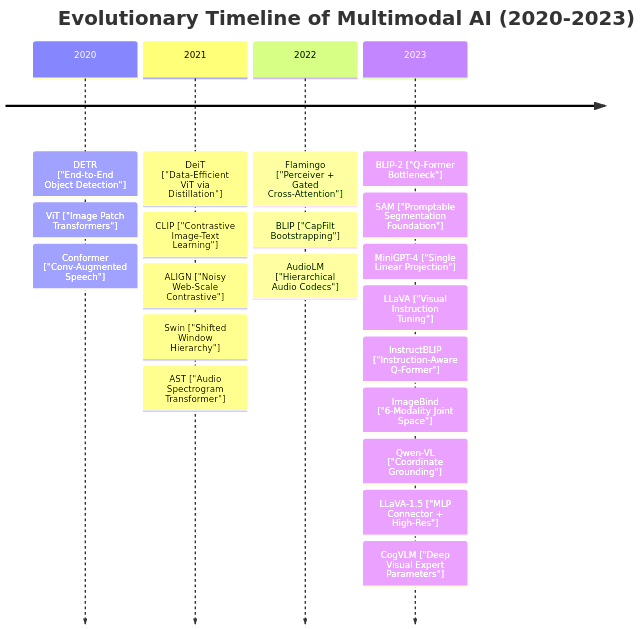
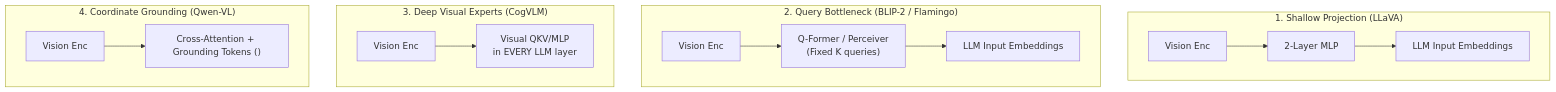
The third of 6 diagrams in src/content/posts/2026-05-22-Multi-Modal-Models.md (subhrm/subhrm.github.io), drawn with Mermaid before and after one commit. The commit also changed other lines of this file, not shown here.

Commit message:
Simplifying Multimodal LLM Post

````diff
--- a/src/content/posts/2026-05-22-Multi-Modal-Models.md
+++ b/src/content/posts/2026-05-22-Multi-Modal-Models.md
@@ -49,8 +97,15 @@
 ```mermaid
-timeline
-    title Evolutionary Timeline of Multimodal AI (2020-2023)
-    2020 : DETR ["End-to-End Object Detection"] : ViT ["Image Patch Transformers"] : Conformer ["Conv-Augmented Speech"]
-    2021 : DeiT ["Data-Efficient ViT via Distillation"] : CLIP ["Contrastive Image-Text Learning"] : ALIGN ["Noisy Web-Scale Contrastive"] : Swin ["Shifted Window Hierarchy"] : AST ["Audio Spectrogram Transformer"]
-    2022 : Flamingo ["Perceiver + Gated Cross-Attention"] : BLIP ["CapFilt Bootstrapping"] : AudioLM ["Hierarchical Audio Codecs"]
-    2023 : BLIP-2 ["Q-Former Bottleneck"] : SAM ["Promptable Segmentation Foundation"] : MiniGPT-4 ["Single Linear Projection"] : LLaVA ["Visual Instruction Tuning"] : InstructBLIP ["Instruction-Aware Q-Former"] : ImageBind ["6-Modality Joint Space"] : Qwen-VL ["Coordinate Grounding"] : LLaVA-1.5 ["MLP Connector + High-Res"] : CogVLM ["Deep Visual Expert Parameters"]
+graph TB
+    subgraph Archetype1["1. Shallow Projection (LLaVA)"]
+        A1_V["Vision Enc"] --> A1_MLP["2-Layer MLP"] --> A1_LLM["LLM Input Embeddings"]
+    end
+    subgraph Archetype2["2. Query Bottleneck (BLIP-2 / Flamingo)"]
+        A2_V["Vision Enc"] --> A2_QF["Q-Former / Perceiver\n(Fixed K queries)"] --> A2_LLM["LLM Input Embeddings"]
+    end
+    subgraph Archetype3["3. Deep Visual Experts (CogVLM)"]
+        A3_V["Vision Enc"] --> A3_EXP["Visual QKV/MLP\nin EVERY LLM layer"]
+    end
+    subgraph Archetype4["4. Coordinate Grounding (Qwen-VL)"]
+        A4_V["Vision Enc"] --> A4_CA["Cross-Attention + Grounding Tokens (<box>)"]
+    end
 ```
````
